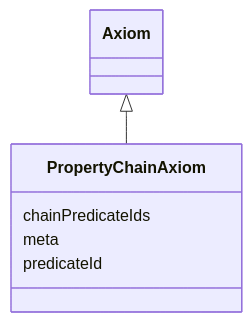
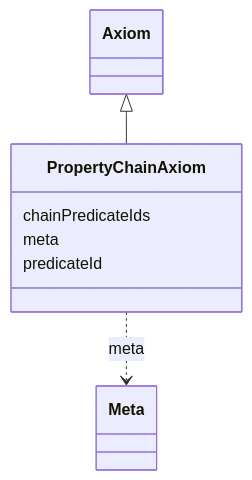
Before and after one commit to INCATools/ontology-access-kit: the diagram in obograph/PropertyChainAxiom.md, drawn with Mermaid. The commit also changed other lines of this file and 1783 other files, not shown here.

````diff
--- a/obograph/PropertyChainAxiom.md
+++ b/obograph/PropertyChainAxiom.md
@@ -11,10 +11,15 @@
 ```{mermaid}
  classDiagram
     class PropertyChainAxiom
       Axiom <|-- PropertyChainAxiom
       
       PropertyChainAxiom : chainPredicateIds
+        
       PropertyChainAxiom : meta
+        
+          PropertyChainAxiom ..> Meta : meta
+        
       PropertyChainAxiom : predicateId
+        
       
 ```
````
